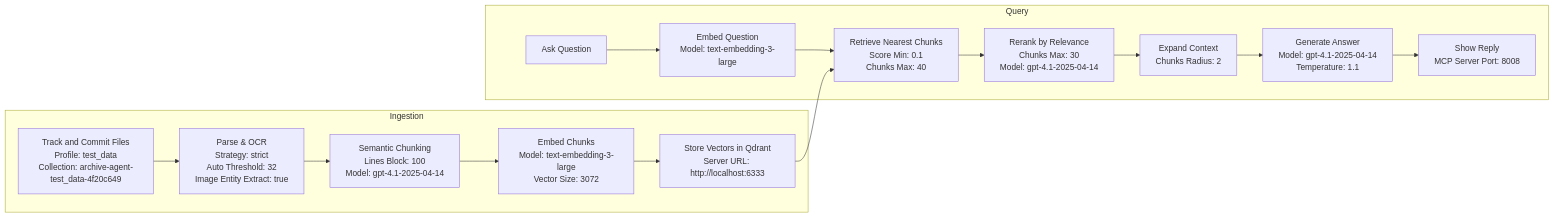
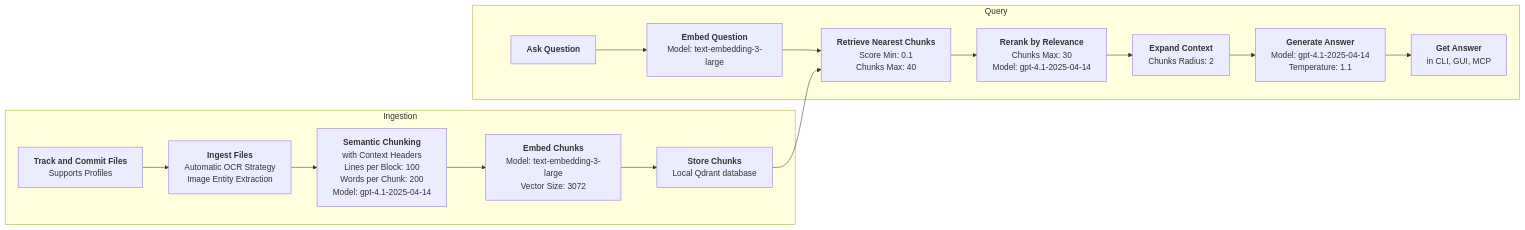
Before and after one commit to shredEngineer/Archive-Agent: the diagram in README.md, drawn with Mermaid. The commit also changed other lines of this file, not shown here.

````diff
--- a/README.md
+++ b/README.md
@@ -54,22 +54,22 @@
 ```mermaid
 graph LR
 
   %% Ingestion Pipeline
   subgraph Ingestion
-    A[Track and Commit Files<br>Profile: test_data<br>Collection: archive-agent-test_data-4f20c649] --> B[Parse & OCR<br>Strategy: strict<br>Auto Threshold: 32<br>Image Entity Extract: true]
-    B --> C[Semantic Chunking<br>Lines Block: 100<br>Model: gpt-4.1-2025-04-14]
-    C --> D[Embed Chunks<br>Model: text-embedding-3-large<br>Vector Size: 3072]
-    D --> E[Store Vectors in Qdrant<br>Server URL: http://localhost:6333]
+    A[<b>Track and Commit Files</b><br>Supports Profiles] --> B[<b>Ingest Files</b><br>Automatic OCR Strategy<br>Image Entity Extraction]
+    B --> C[<b>Semantic Chunking</b><br>with Context Headers<br>Lines per Block: 100<br>Words per Chunk: 200<br>Model: gpt-4.1-2025-04-14]
+    C --> D[<b>Embed Chunks</b><br>Model: text-embedding-3-large<br>Vector Size: 3072]
+    D --> E[<b>Store Chunks</b><br>Local Qdrant database]
   end
 
   %% Query Pipeline
   subgraph Query
-    F[Ask Question] --> G[Embed Question<br>Model: text-embedding-3-large]
-    G --> H[Retrieve Nearest Chunks<br>Score Min: 0.1<br>Chunks Max: 40]
+    F[<b>Ask Question</b>] --> G[<b>Embed Question</b><br>Model: text-embedding-3-large]
+    G --> H[<b>Retrieve Nearest Chunks</b><br>Score Min: 0.1<br>Chunks Max: 40]
     E --> H
-    H --> I[Rerank by Relevance<br>Chunks Max: 30<br>Model: gpt-4.1-2025-04-14]
-    I --> J[Expand Context<br>Chunks Radius: 2]
-    J --> K[Generate Answer<br>Model: gpt-4.1-2025-04-14<br>Temperature: 1.1]
-    K --> L[Show Reply<br>MCP Server Port: 8008]
+    H --> I[<b>Rerank by Relevance</b><br>Chunks Max: 30<br>Model: gpt-4.1-2025-04-14]
+    I --> J[<b>Expand Context</b><br>Chunks Radius: 2]
+    J --> K[<b>Generate Answer</b><br>Model: gpt-4.1-2025-04-14<br>Temperature: 1.1]
+    K --> L[<b>Get Answer</b><br>in CLI, GUI, MCP]
   end
 ```
````
